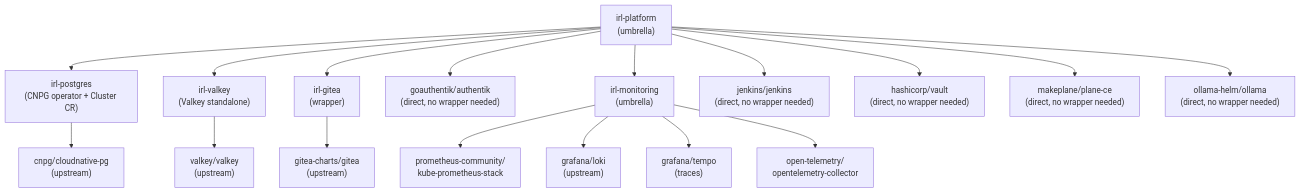
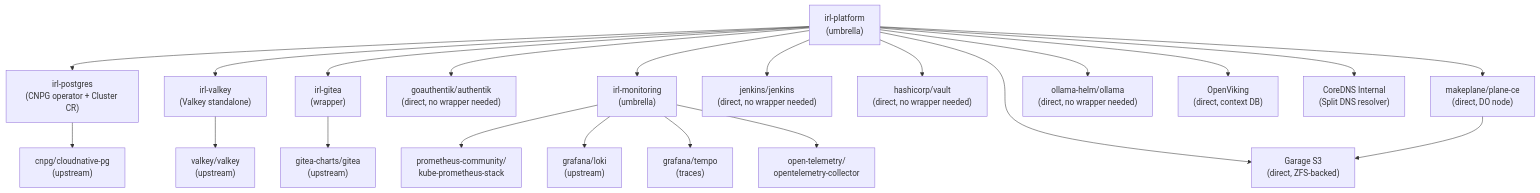
Before and after one commit to InfiniteRoomLabs/infinite-room-labs-infra: the first of 2 diagrams in docs/plans/2026-03-20-homelab-k3s-helm-deployment.md, drawn with Mermaid. The commit also changed other lines of this file and 2 other files, not shown here.

````diff
--- a/docs/plans/2026-03-20-homelab-k3s-helm-deployment.md
+++ b/docs/plans/2026-03-20-homelab-k3s-helm-deployment.md
@@ -46,31 +46,38 @@
 ```mermaid
 graph TD
     PLATFORM["irl-platform<br/>(umbrella)"]
     PG["irl-postgres<br/>(CNPG operator + Cluster CR)"]
     VK["irl-valkey<br/>(Valkey standalone)"]
     GITEA["irl-gitea<br/>(wrapper)"]
     AUTH["goauthentik/authentik<br/>(direct, no wrapper needed)"]
     MON["irl-monitoring<br/>(umbrella)"]
     JENKINS["jenkins/jenkins<br/>(direct, no wrapper needed)"]
     VAULT["hashicorp/vault<br/>(direct, no wrapper needed)"]
-    PLANE["makeplane/plane-ce<br/>(direct, no wrapper needed)"]
+    PLANE["makeplane/plane-ce<br/>(direct, DO node)"]
     OLLAMA["ollama-helm/ollama<br/>(direct, no wrapper needed)"]
+    GARAGE["Garage S3<br/>(direct, ZFS-backed)"]
+    OPENVIKING["OpenViking<br/>(direct, context DB)"]
+    COREDNS["CoreDNS Internal<br/>(Split DNS resolver)"]
 
     PLATFORM --> PG
     PLATFORM --> VK
     PLATFORM --> GITEA
     PLATFORM --> AUTH
     PLATFORM --> MON
     PLATFORM --> JENKINS
     PLATFORM --> VAULT
     PLATFORM --> PLANE
     PLATFORM --> OLLAMA
+    PLATFORM --> GARAGE
+    PLATFORM --> OPENVIKING
+    PLATFORM --> COREDNS
+    PLANE --> GARAGE
 
     PG --> CNPG["cnpg/cloudnative-pg<br/>(upstream)"]
     VK --> VALKEY["valkey/valkey<br/>(upstream)"]
     GITEA --> GITEACHART["gitea-charts/gitea<br/>(upstream)"]
     MON --> KPS["prometheus-community/<br/>kube-prometheus-stack"]
     MON --> LOKI["grafana/loki<br/>(upstream)"]
     MON --> TEMPO["grafana/tempo<br/>(traces)"]
     MON --> OTEL["open-telemetry/<br/>opentelemetry-collector"]
 ```
````
